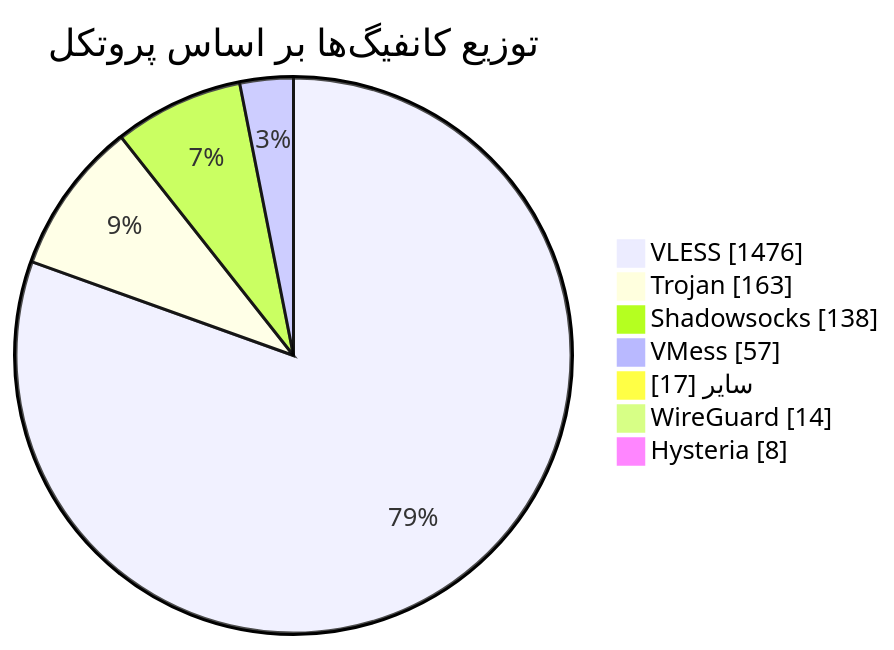
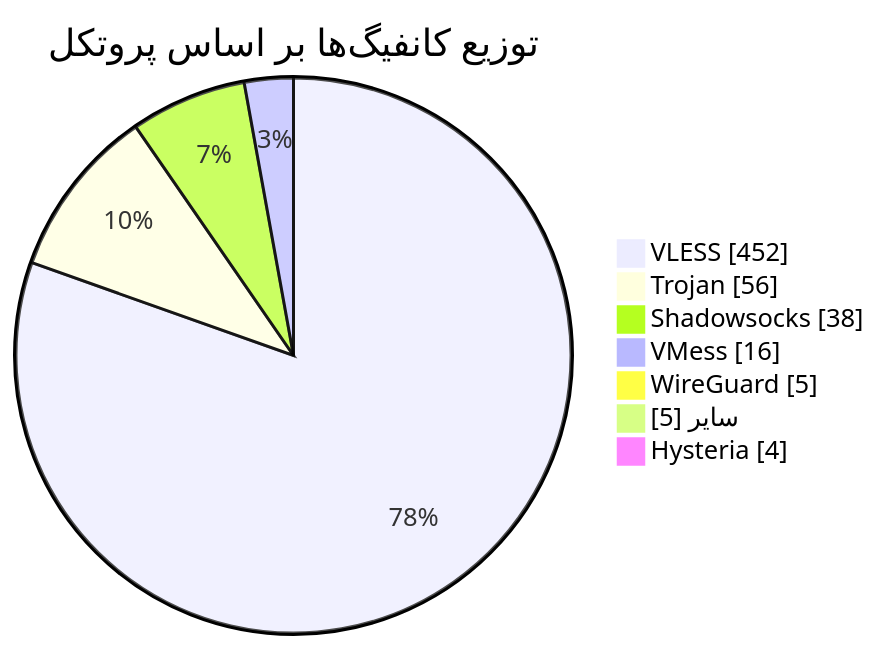
Before and after one commit to Arian-Alijani/Somthing: the diagram in README.md, drawn with Mermaid. The commit also changed other lines of this file and 21 other files, not shown here.

````diff
--- a/README.md
+++ b/README.md
@@ -49,11 +49,11 @@
 ```mermaid
 pie showData
     title توزیع کانفیگ‌ها بر اساس پروتکل
-    "VLESS" : 1476
-    "Trojan" : 163
-    "Shadowsocks" : 138
-    "VMess" : 57
-    "سایر" : 17
-    "WireGuard" : 14
-    "Hysteria" : 8
+    "VLESS" : 452
+    "Trojan" : 56
+    "Shadowsocks" : 38
+    "VMess" : 16
+    "WireGuard" : 5
+    "سایر" : 5
+    "Hysteria" : 4
 ```
````
